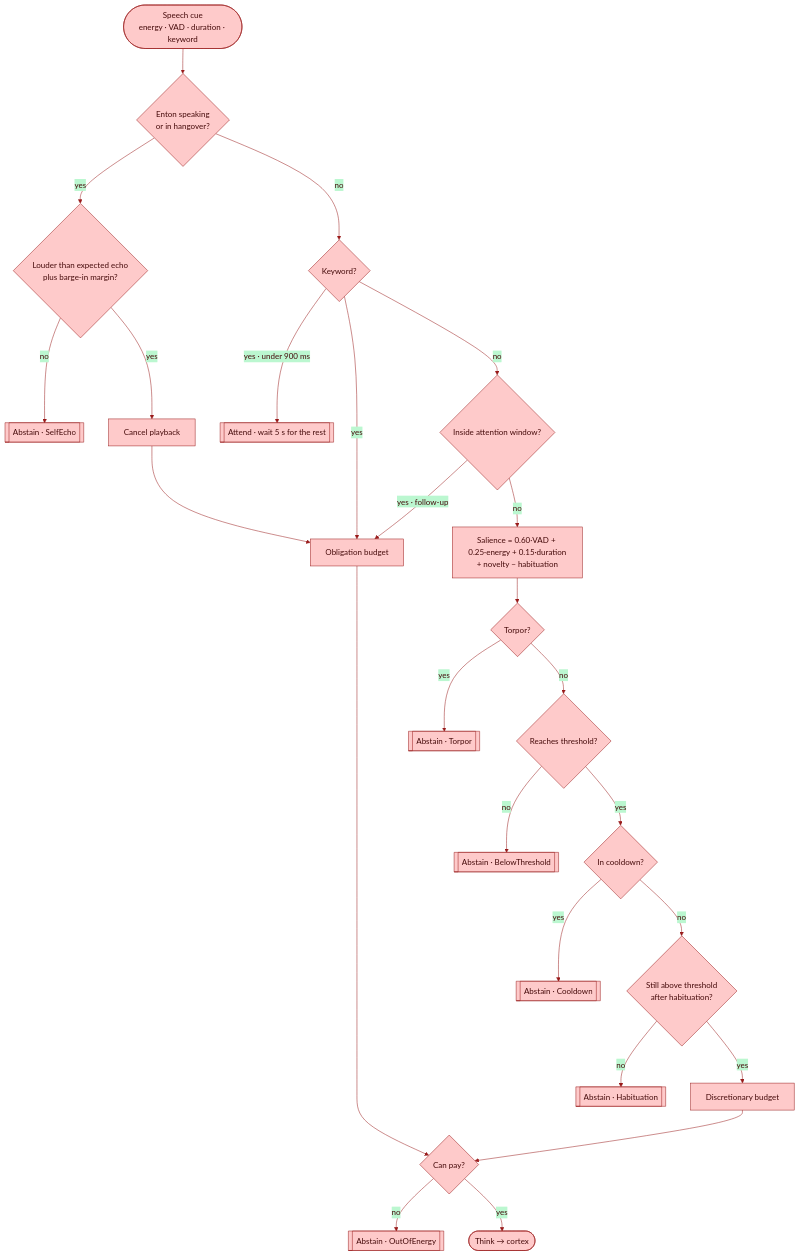
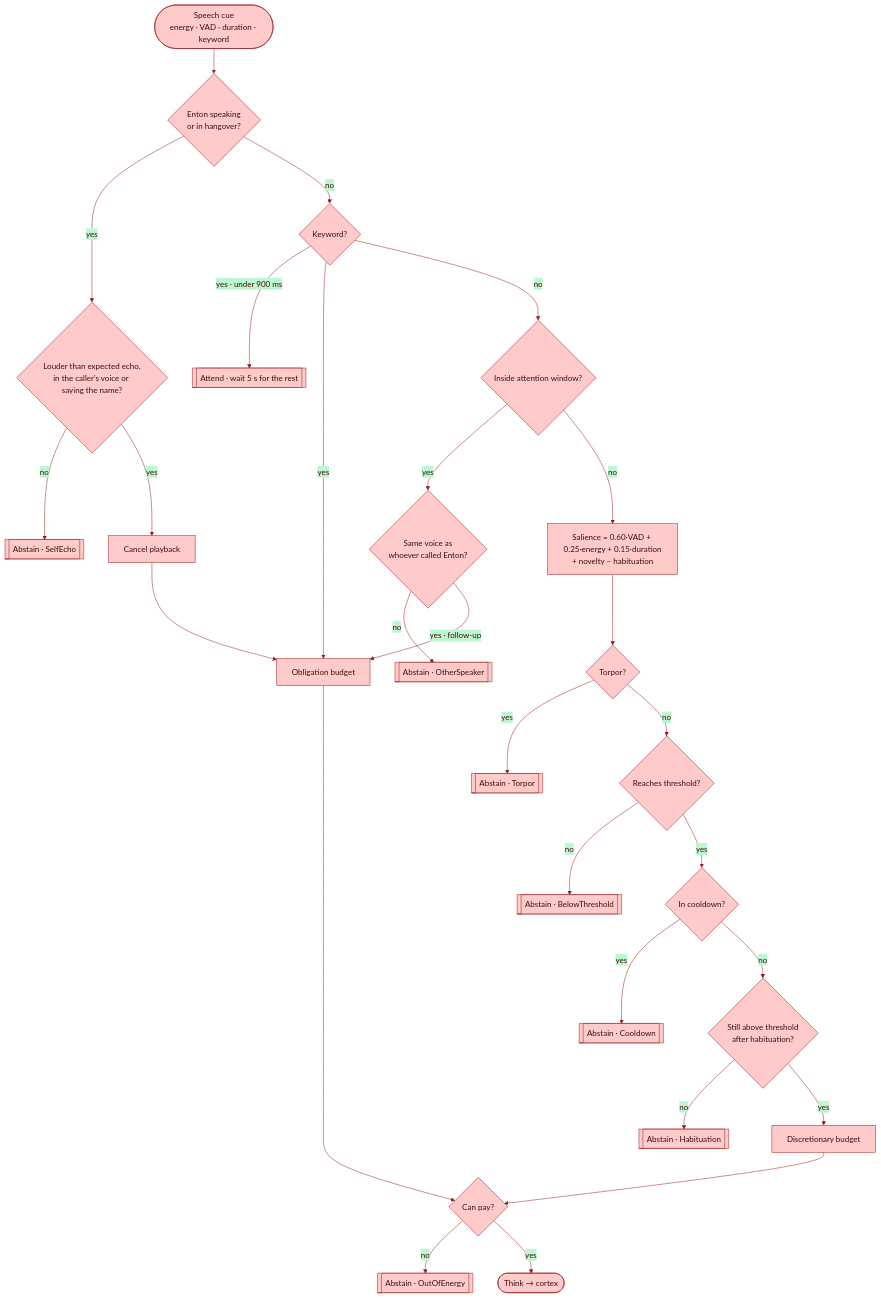
One commit to gabrielmaialva33/enton changed the second of 3 diagrams in README.md. Above: the diagram before and after it, drawn with Mermaid. The commit also changed other lines of this file, not shown here.

First line of the commit message:
docs: document OtherSpeaker abstention and update benchmark 2.3.0 results

````diff
--- a/README.md
+++ b/README.md
@@ -205,27 +205,29 @@
 ```mermaid
 %%{init: {'theme': 'base', 'themeVariables': {'primaryColor': '#fecaca', 'primaryTextColor': '#450a0a', 'primaryBorderColor': '#991b1b', 'secondaryColor': '#bbf7d0', 'secondaryTextColor': '#052e16', 'secondaryBorderColor': '#166534', 'tertiaryColor': '#fee2e2', 'tertiaryTextColor': '#450a0a', 'lineColor': '#991b1b', 'textColor': '#1c1917'}}}%%
 flowchart TD
     CUE(["Speech cue<br/>energy · VAD · duration · keyword"]) --> ECHO{"Enton speaking<br/>or in hangover?"}
-    ECHO -- yes --> BARGE{"Louder than expected echo<br/>plus barge-in margin?"}
+    ECHO -- yes --> BARGE{"Louder than expected echo,<br/>in the caller's voice or saying the name?"}
     BARGE -- no --> A_ECHO[["Abstain · SelfEcho"]]
     BARGE -- yes --> CANCEL["Cancel playback"] --> OBL
     ECHO -- no --> KW{"Keyword?"}
     KW -- "yes · under 900 ms" --> ATTEND[["Attend · wait 5 s for the rest"]]
     KW -- yes --> OBL["Obligation budget"]
     KW -- no --> WIN{"Inside attention window?"}
-    WIN -- "yes · follow-up" --> OBL
+    WIN -- yes --> SPK{"Same voice as<br/>whoever called Enton?"}
+    SPK -- no --> A_O[["Abstain · OtherSpeaker"]]
+    SPK -- "yes · follow-up" --> OBL
     WIN -- no --> SAL["Salience = 0.60·VAD + 0.25·energy + 0.15·duration<br/>+ novelty − habituation"]
     SAL --> TORPOR{"Torpor?"}
     TORPOR -- yes --> A_T[["Abstain · Torpor"]]
     TORPOR -- no --> TH{"Reaches threshold?"}
     TH -- no --> A_B[["Abstain · BelowThreshold"]]
     TH -- yes --> CD{"In cooldown?"}
     CD -- yes --> A_C[["Abstain · Cooldown"]]
     CD -- no --> HAB{"Still above threshold<br/>after habituation?"}
     HAB -- no --> A_H[["Abstain · Habituation"]]
     HAB -- yes --> DIS["Discretionary budget"]
     OBL --> PAY{"Can pay?"}
     DIS --> PAY
     PAY -- no --> A_E[["Abstain · OutOfEnergy"]]
     PAY -- yes --> THINK(["Think → cortex"])
 ```
````
